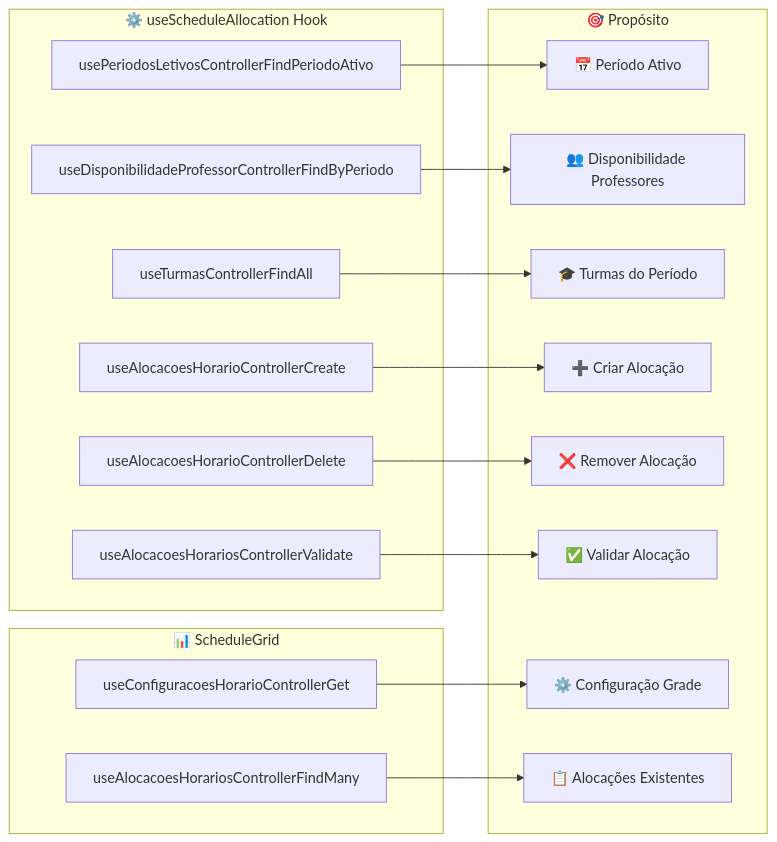
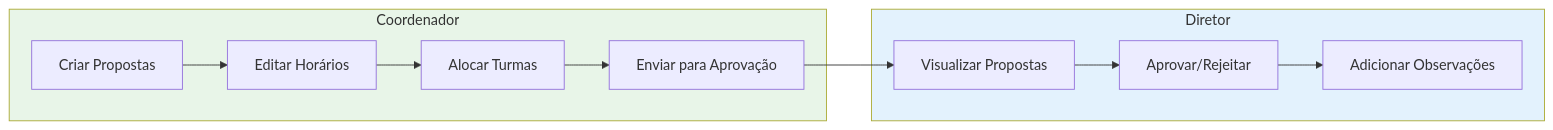
Before and after one commit to Jonserafim7/frontend-pi: the second of 4 diagrams in src/features/propostas-horario/README.md, drawn with Mermaid. The commit also changed other lines of this file and 57 other files, not shown here.

First line of the commit message:
feat(propostas-horario): refatora e adiciona novos componentes e hooks para gerenciamento de propostas

````diff
--- a/src/features/propostas-horario/README.md
+++ b/src/features/propostas-horario/README.md
@@ -298,36 +52,18 @@
 ```mermaid
-graph LR
-    subgraph "⚙️ useScheduleAllocation Hook"
-        A[usePeriodosLetivosControllerFindPeriodoAtivo]
-        B[useDisponibilidadeProfessorControllerFindByPeriodo]
-        C[useTurmasControllerFindAll]
-        D[useAlocacoesHorarioControllerCreate]
-        E[useAlocacoesHorarioControllerDelete]
-        F[useAlocacoesHorariosControllerValidate]
+flowchart LR
+    subgraph Coordenador
+        A[Criar Propostas] --> B[Editar Horários]
+        B --> C[Alocar Turmas]
+        C --> D[Enviar para Aprovação]
     end
 
-    subgraph "📊 ScheduleGrid"
-        G[useConfiguracoesHorarioControllerGet]
-        H[useAlocacoesHorariosControllerFindMany]
+    subgraph Diretor
+        E[Visualizar Propostas] --> F[Aprovar/Rejeitar]
+        F --> G[Adicionar Observações]
     end
 
-    subgraph "🎯 Propósito"
-        I[📅 Período Ativo]
-        J[👥 Disponibilidade Professores]
-        K[🎓 Turmas do Período]
-        L[➕ Criar Alocação]
-        M[❌ Remover Alocação]
-        N[✅ Validar Alocação]
-        O[⚙️ Configuração Grade]
-        P[📋 Alocações Existentes]
-    end
+    D --> E
 
-    A --> I
-    B --> J
-    C --> K
-    D --> L
-    E --> M
-    F --> N
-    G --> O
-    H --> P
+    style Coordenador fill:#e8f5e8
+    style Diretor fill:#e3f2fd
 ```
````
